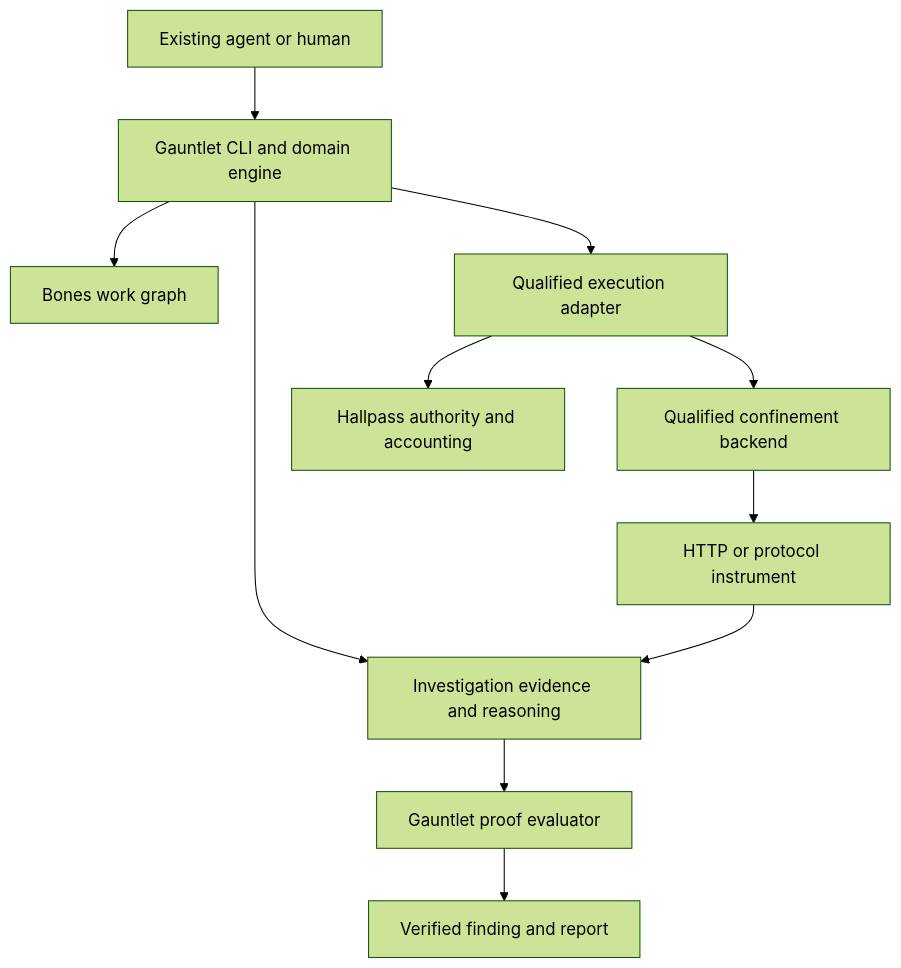
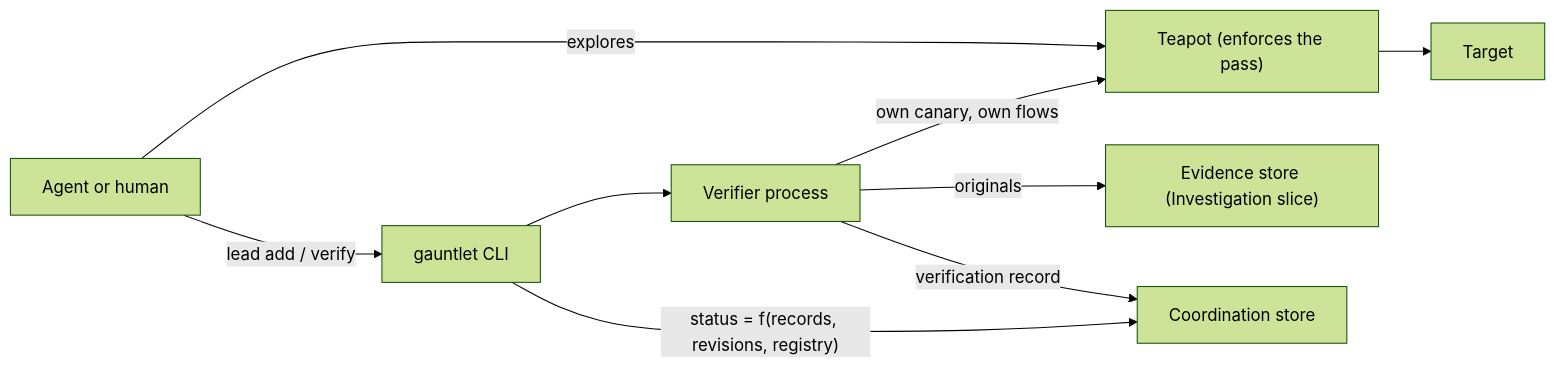
The diagram in notes/plan.md (bobisme/gauntlet), drawn with Mermaid (forest theme) before and after one commit. The commit also changed other lines of this file and 5 other files, not shown here.

````diff
--- a/notes/plan.md
+++ b/notes/plan.md
@@ -203,13 +181,11 @@
 ```mermaid
-flowchart TB
-  A["Existing agent or human"] --> G["Gauntlet CLI and domain engine"]
-  G --> B["Bones work graph"]
-  G --> I["Investigation evidence and reasoning"]
-  G --> X["Qualified execution adapter"]
-  X --> H["Hallpass authority and accounting"]
-  X --> P["Qualified confinement backend"]
-  P --> T["HTTP or protocol instrument"]
-  T --> I
-  I --> V["Gauntlet proof evaluator"]
-  V --> R["Verified finding and report"]
+flowchart LR
+  A["Agent or human"] -- explores --> T["Teapot (enforces the pass)"]
+  T --> X["Target"]
+  A -- "lead add / verify" --> G["gauntlet CLI"]
+  G --> V["Verifier process"]
+  V -- "own canary, own flows" --> T
+  V -- "originals" --> E["Evidence store (Investigation slice)"]
+  V -- "verification record" --> S["Coordination store"]
+  G -- "status = f(records, revisions, registry)" --> S
 ```
````
